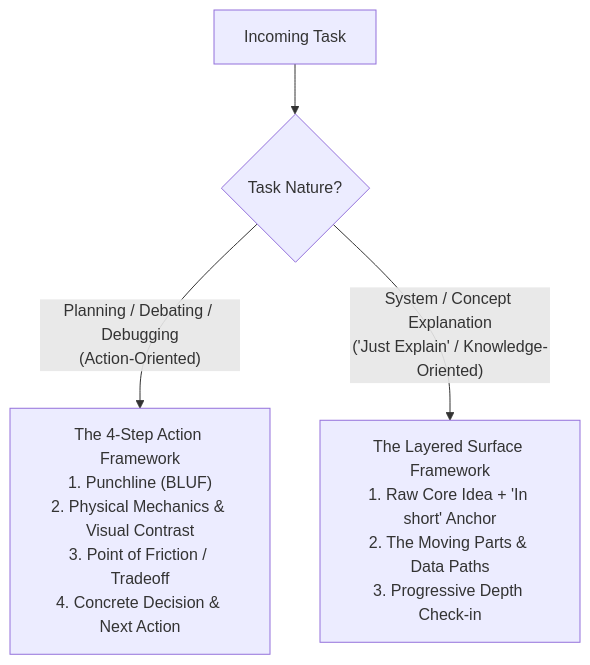
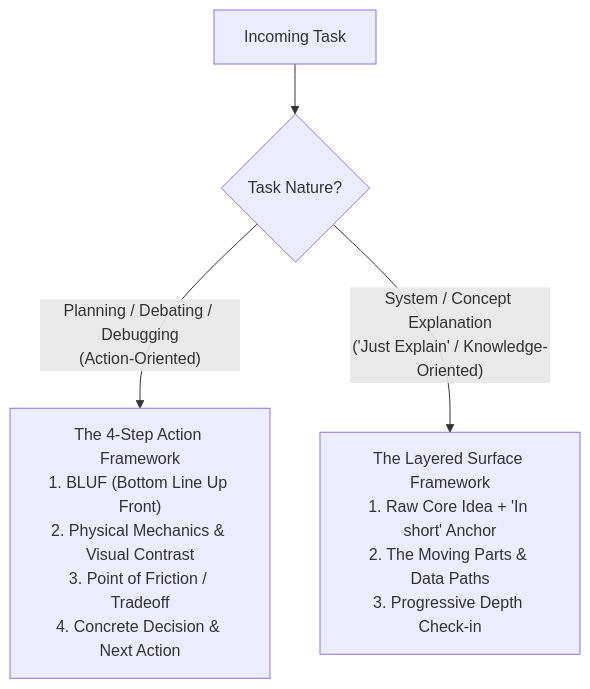
Before and after one commit to loerei/myskills: the diagram in productivity/your-co-engineer-for-this-jet-engine-is-an-infant/SKILL.md, drawn with Mermaid. The commit also changed other lines of this file and 2 other files, not shown here.

Commit message:
docs(jet-engine-infant): replace Punchline with aviation standard BLUF and clean direct opening

````diff
--- a/productivity/your-co-engineer-for-this-jet-engine-is-an-infant/SKILL.md
+++ b/productivity/your-co-engineer-for-this-jet-engine-is-an-infant/SKILL.md
@@ -25,8 +25,8 @@
 ```mermaid
 flowchart TD
     Task["Incoming Task"] --> TaskType{"Task Nature?"}
     
-    TaskType -->|"Planning / Debating / Debugging<br/>(Action-Oriented)"| Framework4["The 4-Step Action Framework<br/>1. Punchline (BLUF)<br/>2. Physical Mechanics & Visual Contrast<br/>3. Point of Friction / Tradeoff<br/>4. Concrete Decision & Next Action"]
+    TaskType -->|"Planning / Debating / Debugging<br/>(Action-Oriented)"| Framework4["The 4-Step Action Framework<br/>1. BLUF (Bottom Line Up Front)<br/>2. Physical Mechanics & Visual Contrast<br/>3. Point of Friction / Tradeoff<br/>4. Concrete Decision & Next Action"]
     
     TaskType -->|"System / Concept Explanation<br/>('Just Explain' / Knowledge-Oriented)"| Framework3["The Layered Surface Framework<br/>1. Raw Core Idea + 'In short' Anchor<br/>2. The Moving Parts & Data Paths<br/>3. Progressive Depth Check-in"]
 ```
````
